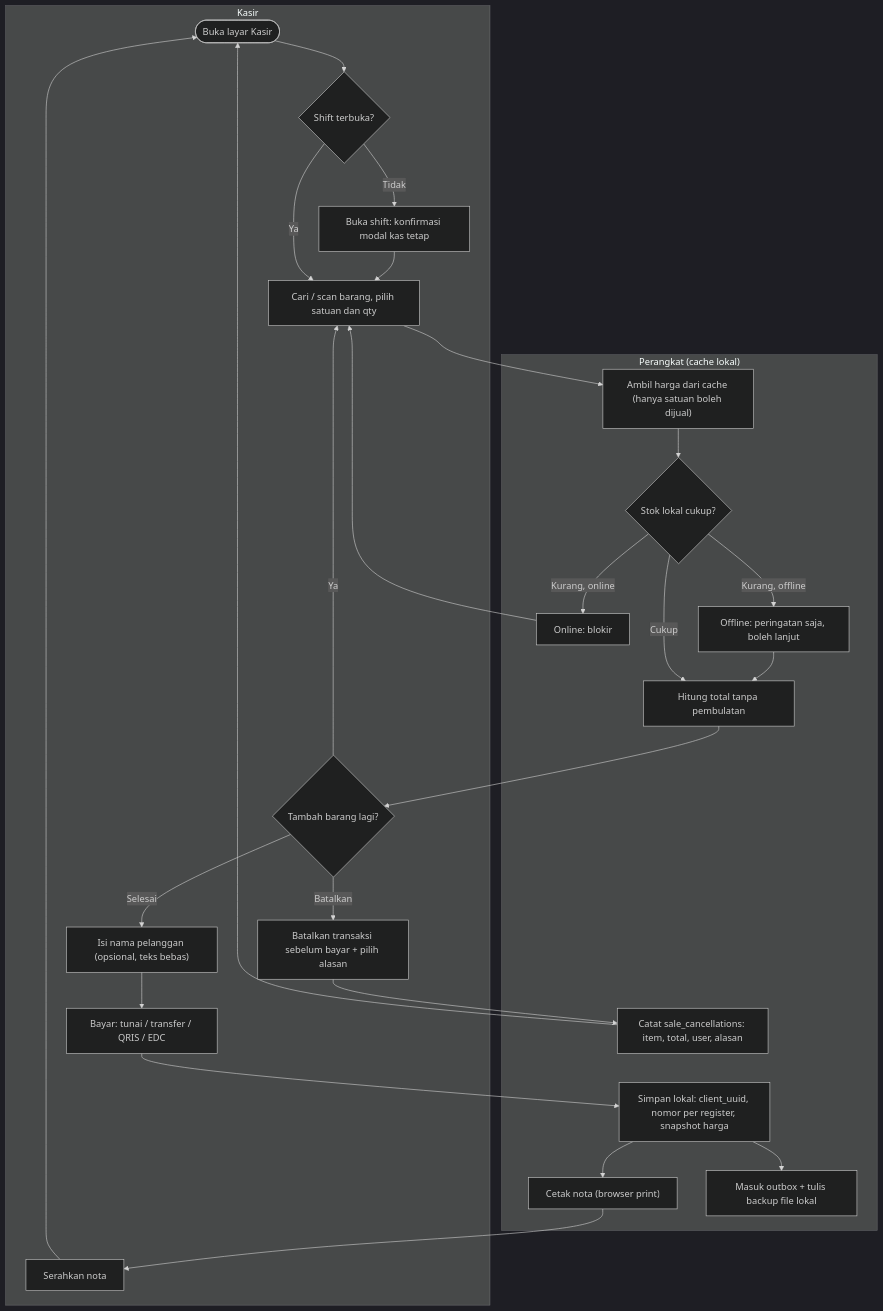
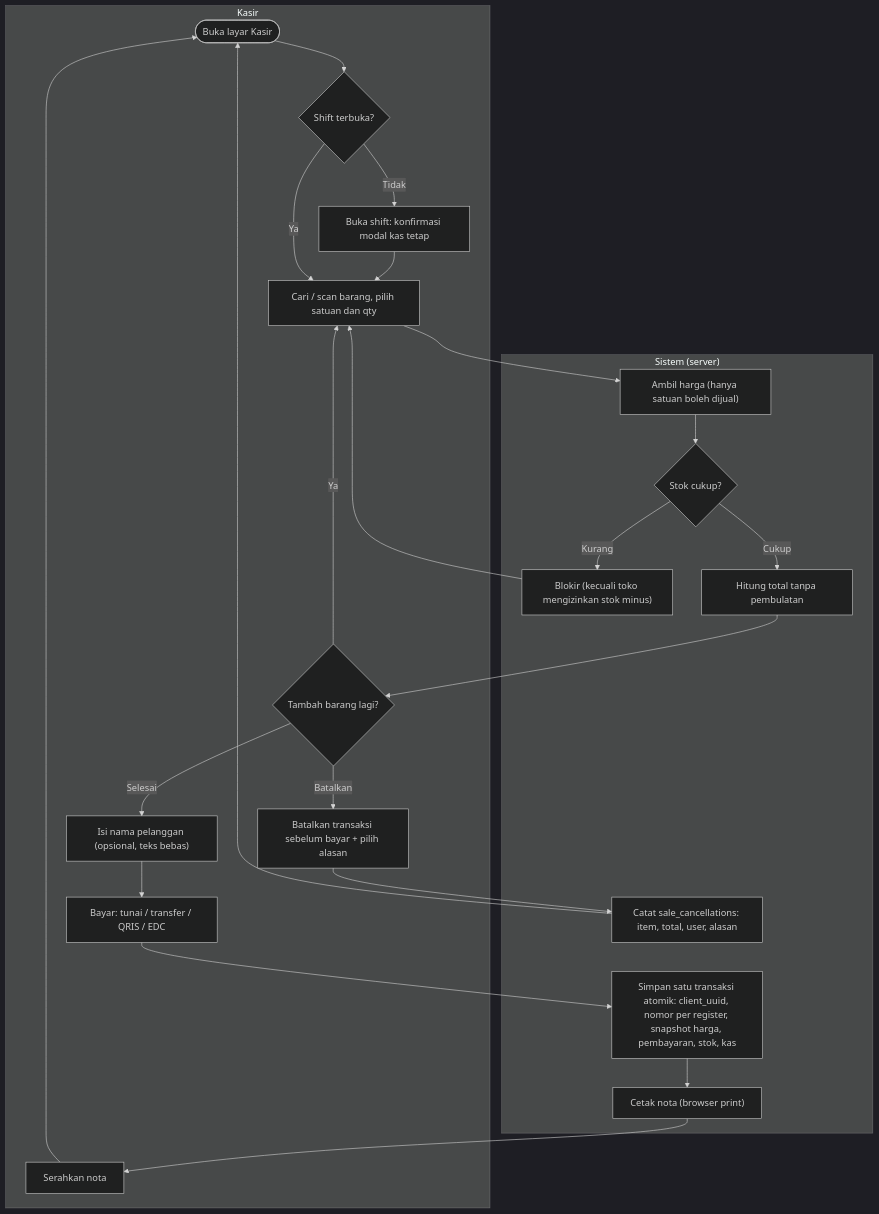
The ninth of 30 diagrams in docs/analisis-sistem.md (aliefpraditya/store-management), drawn with Mermaid (dark theme) before and after one commit. The commit also changed other lines of this file and 13 other files, not shown here.

First line of the commit message:
Redesign wireframe and diagrams for R1, split R2, add PDFs

````diff
--- a/docs/analisis-sistem.md
+++ b/docs/analisis-sistem.md
@@ -606,34 +616,30 @@
 ```mermaid
 flowchart TD
     subgraph KS["Kasir"]
         K1(["Buka layar Kasir"]) --> K2{"Shift terbuka?"}
         K3["Buka shift: konfirmasi modal kas tetap"]
         K4["Cari / scan barang, pilih satuan dan qty"]
         K5{"Tambah barang lagi?"}
         K6["Isi nama pelanggan (opsional, teks bebas)"]
         K8["Bayar: tunai / transfer / QRIS / EDC"]
         K9["Batalkan transaksi sebelum bayar + pilih alasan"]
         K12["Serahkan nota"]
     end
-    subgraph DEV["Perangkat (cache lokal)"]
-        D1["Ambil harga dari cache (hanya satuan boleh dijual)"]
-        D2{"Stok lokal cukup?"}
-        D3["Online: blokir"]
-        D3b["Offline: peringatan saja, boleh lanjut"]
+    subgraph SYS["Sistem (server)"]
+        D1["Ambil harga (hanya satuan boleh dijual)"]
+        D2{"Stok cukup?"}
+        D3["Blokir (kecuali toko mengizinkan stok minus)"]
         D4["Hitung total tanpa pembulatan"]
-        D5["Simpan lokal: client_uuid, nomor per register, snapshot harga"]
+        D5["Simpan satu transaksi atomik: client_uuid, nomor per register, snapshot harga, pembayaran, stok, kas"]
         D6["Cetak nota (browser print)"]
-        D7["Masuk outbox + tulis backup file lokal"]
         D10["Catat sale_cancellations: item, total, user, alasan"]
     end
     K2 -->|"Tidak"| K3 --> K4
     K2 -->|"Ya"| K4
     K4 --> D1 --> D2
-    D2 -->|"Kurang, online"| D3 --> K4
-    D2 -->|"Kurang, offline"| D3b --> D4
+    D2 -->|"Kurang"| D3 --> K4
     D2 -->|"Cukup"| D4 --> K5
     K5 -->|"Ya"| K4
     K5 -->|"Batalkan"| K9 --> D10 --> K1
     K5 -->|"Selesai"| K6 --> K8 --> D5 --> D6 --> K12 --> K1
-    D5 --> D7
 ```
````
